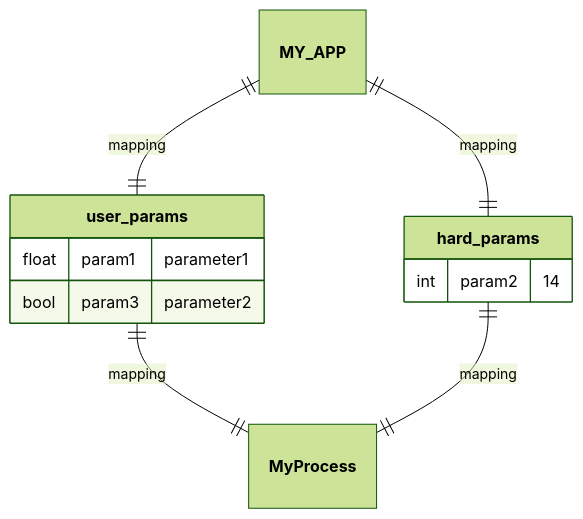
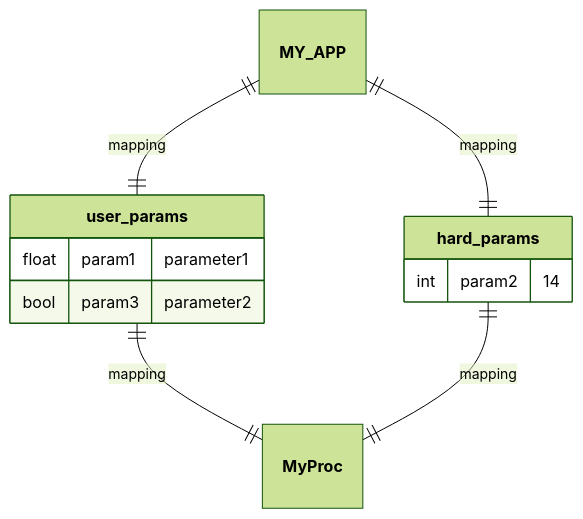
Before and after one commit to nuremics/nuremics: the seventh of 17 diagrams in README.md, drawn with Mermaid (forest theme). The commit also changed other lines of this file, not shown here.

````diff
--- a/README.md
+++ b/README.md
@@ -213,15 +213,15 @@
 ```mermaid
 erDiagram
   **MY_APP** ||--|| **user_params** : mapping
   **MY_APP** ||--|| **hard_params** : mapping
-  **user_params** ||--|| **MyProcess**: mapping
-  **hard_params** ||--|| **MyProcess**: mapping
+  **user_params** ||--|| **MyProc**: mapping
+  **hard_params** ||--|| **MyProc**: mapping
 
   **user_params** {
     float param1 "parameter1"
     bool param3 "parameter2"
   }
   **hard_params** {
     int param2 "14"
   }
 ```
````
